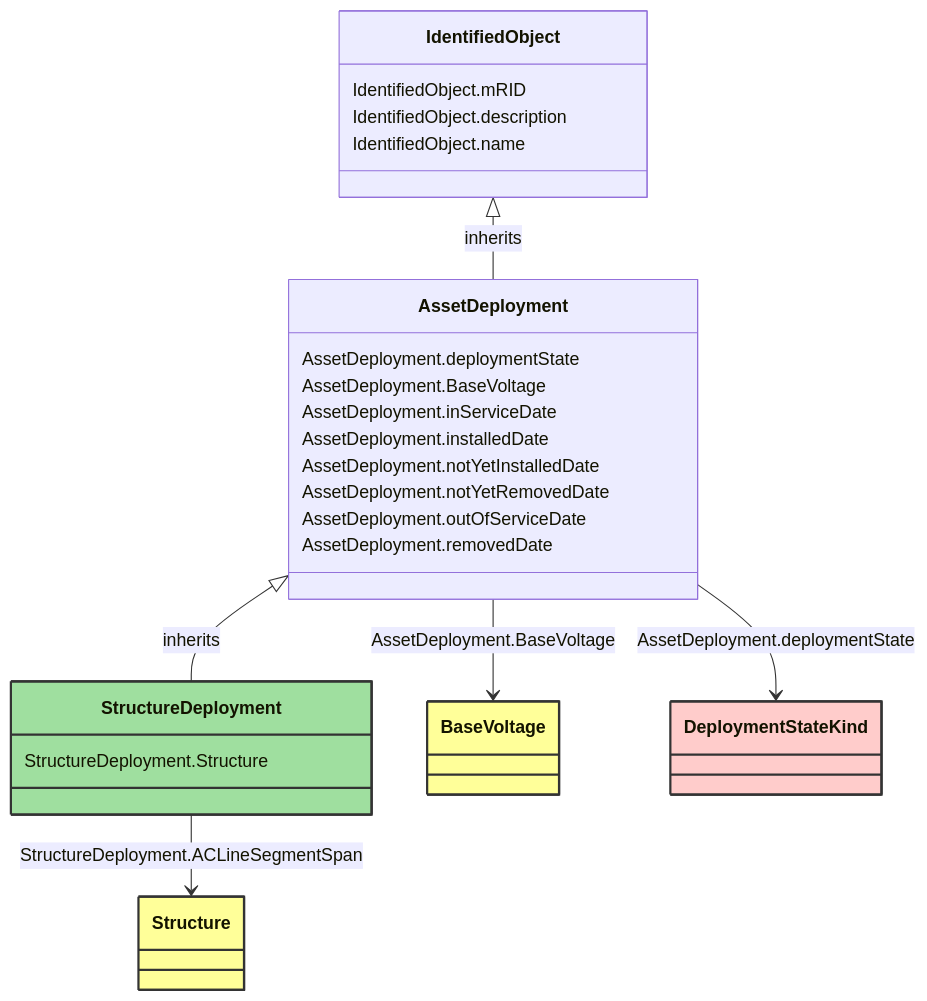
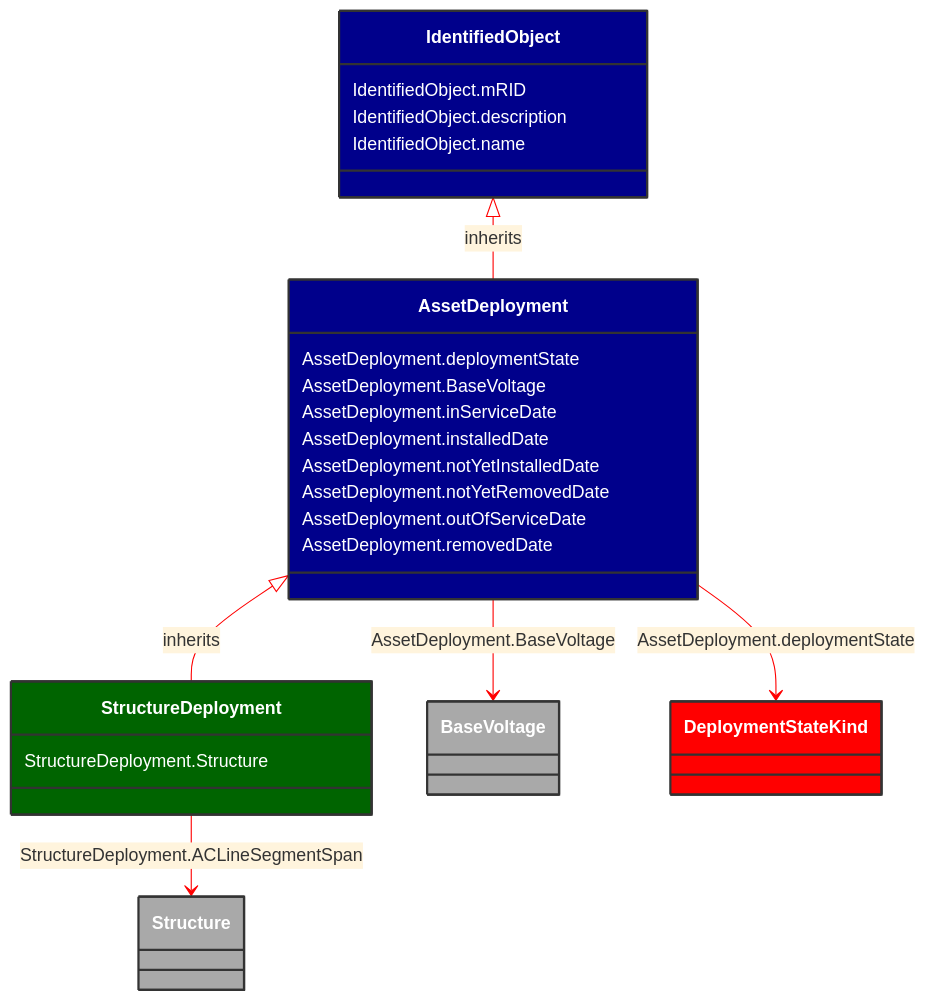
Before and after one commit to 3lbits/NoCIMExtensions: the diagram in docs/Models/Profiles/AviationObstacle/ConcreteClasses/StructureDeployment.md, drawn with Mermaid. The commit also changed 58 other files, not shown here.

````diff
--- a/docs/Models/Profiles/AviationObstacle/ConcreteClasses/StructureDeployment.md
+++ b/docs/Models/Profiles/AviationObstacle/ConcreteClasses/StructureDeployment.md
@@ -8,48 +8,49 @@
 ```mermaid
+%%{init: {'theme':'base','themeVariables': {'lineColor': '#FF0000'}}}%%
 classDiagram
     class StructureDeployment
     click StructureDeployment href "/Models/Profiles/AviationObstacle/ConcreteClasses/StructureDeployment/"
-    style StructureDeployment fill:#9fdf9f,stroke:#333,stroke-width:2px,rx:10,ry:10
+    style StructureDeployment fill:#006400,stroke:#333,stroke-width:2px,rx:10,ry:10,color:white
 
         AssetDeployment <|-- StructureDeployment : inherits
             click AssetDeployment href "/Models/Profiles/AviationObstacle/ConcreteClasses/AssetDeployment/"
-            style AssetDeployment rx:10,ry:10
+            style AssetDeployment fill:#00008B,stroke:#333,stroke-width:2px,rx:10,ry:10,color:white
 
         StructureDeployment
             click StructureDeployment href "/Models/Profiles/AviationObstacle/ConcreteClasses/StructureDeployment/"
-            style StructureDeployment rx:10,ry:10
+            style AssetDeployment fill:#00008B,stroke:#333,stroke-width:2px,rx:10,ry:10,color:white
 
         IdentifiedObject <|-- AssetDeployment : inherits
             click IdentifiedObject href "/Models/Profiles/AviationObstacle/AbstractClasses/IdentifiedObject/"
-            style IdentifiedObject rx:10,ry:10
+            style IdentifiedObject fill:#00008B,stroke:#333,stroke-width:2px,rx:10,ry:10,color:white
 
         StructureDeployment --> Structure : StructureDeployment.ACLineSegmentSpan
 
         Structure
             click Structure href "/Models/Profiles/AviationObstacle/AbstractClasses/Structure/"
-            style Structure fill:#ffff99,stroke:#333,stroke-width:2px,rx:10,ry:10
+            style Structure fill:#A9A9A9,stroke:#333,stroke-width:2px,rx:10,ry:10,color:white
         AssetDeployment --> BaseVoltage : AssetDeployment.BaseVoltage
 
         BaseVoltage
             click BaseVoltage href "/Models/Profiles/AviationObstacle/ConcreteClasses/BaseVoltage/"
-            style BaseVoltage fill:#ffff99,stroke:#333,stroke-width:2px,rx:10,ry:10
+            style BaseVoltage fill:#A9A9A9,stroke:#333,stroke-width:2px,rx:10,ry:10,color:white
 
         AssetDeployment --> DeploymentStateKind : AssetDeployment.deploymentState
 
         DeploymentStateKind
             click DeploymentStateKind href "/Models/Profiles/AviationObstacle/Enumerations/DeploymentStateKind/"
-            style DeploymentStateKind fill:#FFCCCB,stroke:#333,stroke-width:2px,rx:10,ry:10
+            style DeploymentStateKind fill:#FF0000,stroke:#333,stroke-width:2px,rx:10,ry:10,color:white
 
         StructureDeployment : StructureDeployment.Structure
         AssetDeployment : AssetDeployment.deploymentState
         AssetDeployment : AssetDeployment.BaseVoltage
         AssetDeployment : AssetDeployment.inServiceDate
         AssetDeployment : AssetDeployment.installedDate
         AssetDeployment : AssetDeployment.notYetInstalledDate
         AssetDeployment : AssetDeployment.notYetRemovedDate
         AssetDeployment : AssetDeployment.outOfServiceDate
         AssetDeployment : AssetDeployment.removedDate
         IdentifiedObject : IdentifiedObject.mRID
         IdentifiedObject : IdentifiedObject.description
         IdentifiedObject : IdentifiedObject.name
 ```
````
